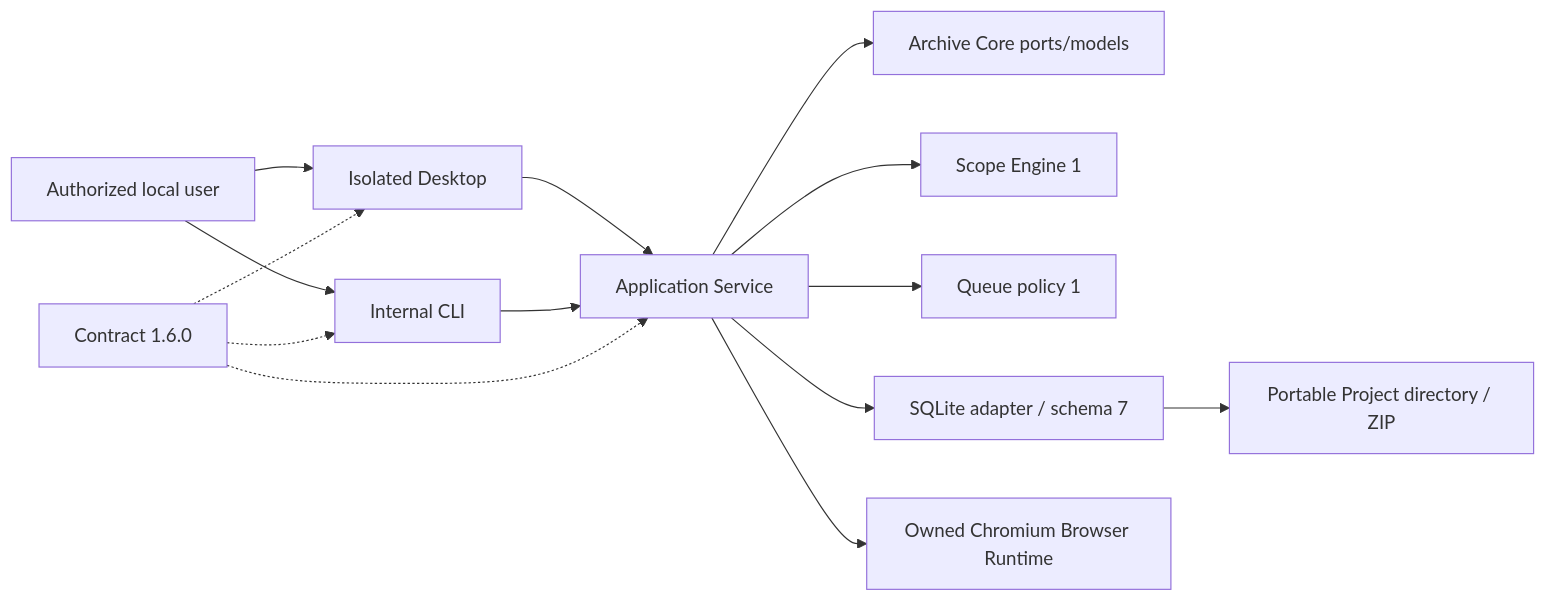
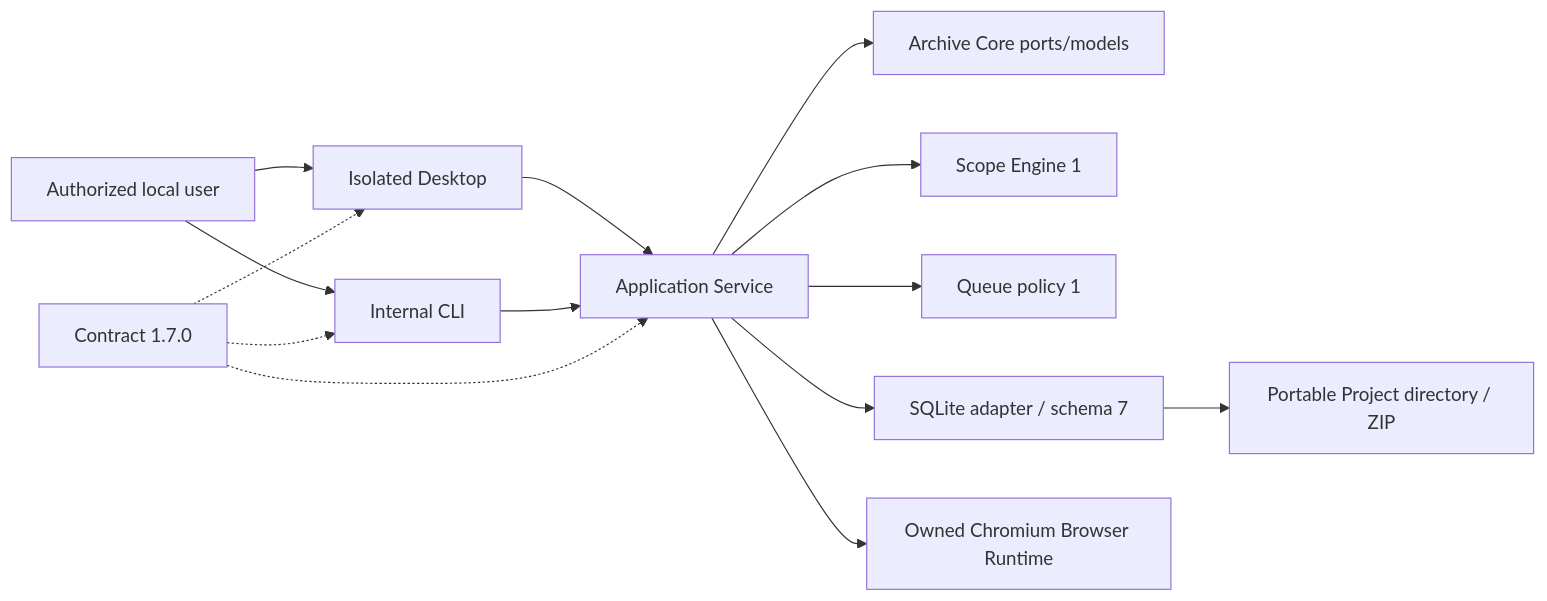
One commit to sasanzare/OfflineWebArchiver changed the diagram in docs/architecture/SYSTEM_CONTEXT.md. Above: the diagram before and after it, drawn with Mermaid. The commit also changed other lines of this file and 74 other files, not shown here.

````diff
--- a/docs/architecture/SYSTEM_CONTEXT.md
+++ b/docs/architecture/SYSTEM_CONTEXT.md
@@ -11,16 +11,16 @@
 ```mermaid
 flowchart LR
   User["Authorized local user"] --> Desktop["Isolated Desktop"]
   User --> CLI["Internal CLI"]
   Desktop --> Service["Application Service"]
   CLI --> Service
   Service --> Core["Archive Core ports/models"]
   Service --> Scope["Scope Engine 1"]
   Service --> Queue["Queue policy 1"]
   Service --> Persistence["SQLite adapter / schema 7"]
   Service --> Browser["Owned Chromium Browser Runtime"]
   Persistence --> Files["Portable Project directory / ZIP"]
-  Contracts["Contract 1.6.0"] -.-> Desktop
+  Contracts["Contract 1.7.0"] -.-> Desktop
   Contracts -.-> CLI
   Contracts -.-> Service
 ```
````
